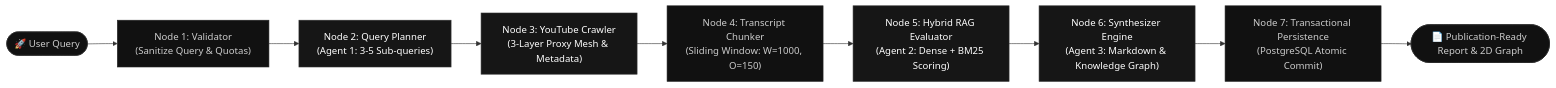
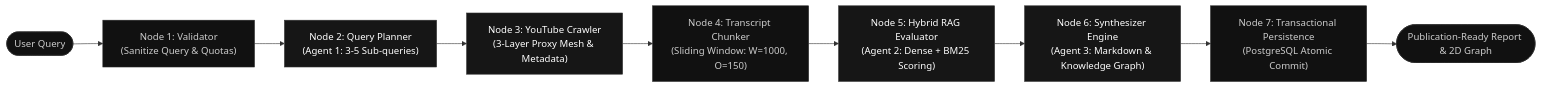
The second of 4 diagrams in README.md (saketjha34/ResearchTube), drawn with Mermaid before and after one commit. The commit also changed other lines of this file, not shown here.

````diff
--- a/README.md
+++ b/README.md
@@ -124,16 +123,16 @@
 ```mermaid
 flowchart LR
-    Start([🚀 User Query]) --> N1["Node 1: Validator\n(Sanitize Query & Quotas)"]
+    Start([ User Query]) --> N1["Node 1: Validator\n(Sanitize Query & Quotas)"]
     N1 --> N2["Node 2: Query Planner\n(Agent 1: 3-5 Sub-queries)"]
     N2 --> N3["Node 3: YouTube Crawler\n(3-Layer Proxy Mesh & Metadata)"]
     N3 --> N4["Node 4: Transcript Chunker\n(Sliding Window: W=1000, O=150)"]
     N4 --> N5["Node 5: Hybrid RAG Evaluator\n(Agent 2: Dense + BM25 Scoring)"]
     N5 --> N6["Node 6: Synthesizer Engine\n(Agent 3: Markdown & Knowledge Graph)"]
     N6 --> N7["Node 7: Transactional Persistence\n(PostgreSQL Atomic Commit)"]
-    N7 --> Done([📄 Publication-Ready Report & 2D Graph])
+    N7 --> Done([ Publication-Ready Report & 2D Graph])
 
     classDef agent fill:#161616,stroke:#333333,stroke-width:1px,color:#ffffff;
     classDef node fill:#111111,stroke:#262626,stroke-width:1px,color:#cccccc;
     class N2,N3,N5,N6 agent;
     class N1,N4,N7 node;
 ```
````
